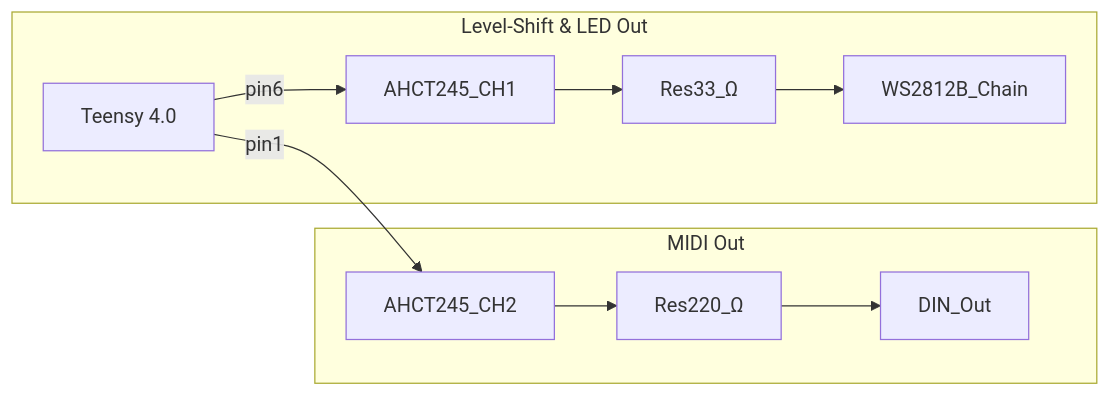
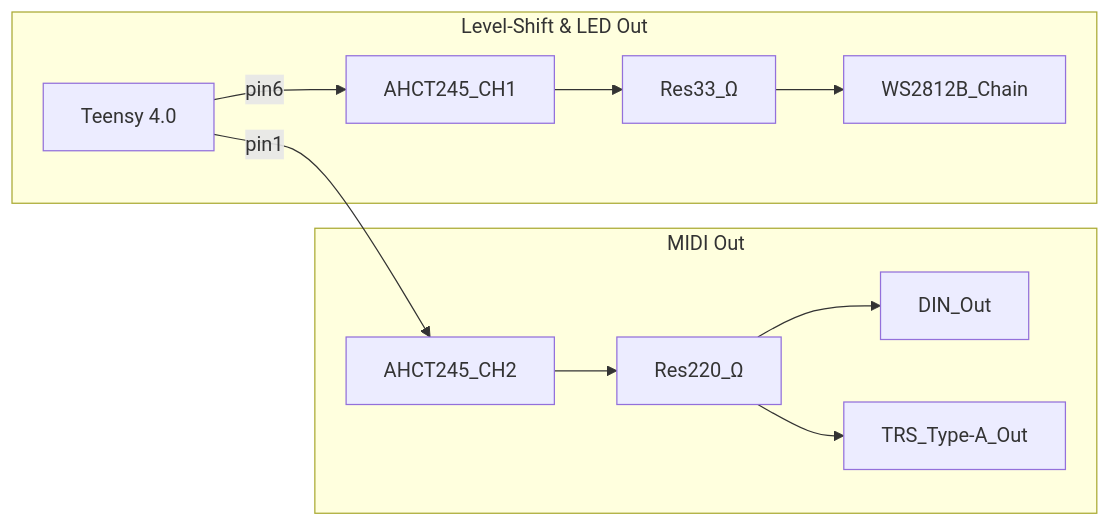
One commit to bseverns/MOARkNOBS-42 changed the diagram in docs/sketch/systemFlow/hw/led&midiOut.md. Above: the diagram before and after it, drawn with Mermaid. The commit also changed other lines of this file and 23 other files, not shown here.

````diff
--- a/docs/sketch/systemFlow/hw/led&midiOut.md
+++ b/docs/sketch/systemFlow/hw/led&midiOut.md
@@ -13,14 +13,15 @@
 ```mermaid
 flowchart LR
   subgraph LevelShiftLED["Level-Shift & LED Out"]
     U1[Teensy 4.0] -->|pin6| LS1[AHCT245_CH1]
     LS1 --> R33[Res33_Ω]
     R33 --> LEDStrip[WS2812B_Chain]
   end
 
   subgraph MIDIOut["MIDI Out"]
     U1 -->|pin1| LS2[AHCT245_CH2]
     LS2 --> R220[Res220_Ω]
     R220 --> DINOut[DIN_Out]
+    R220 --> TRSOut[TRS_Type-A_Out]
   end
 ```
````
